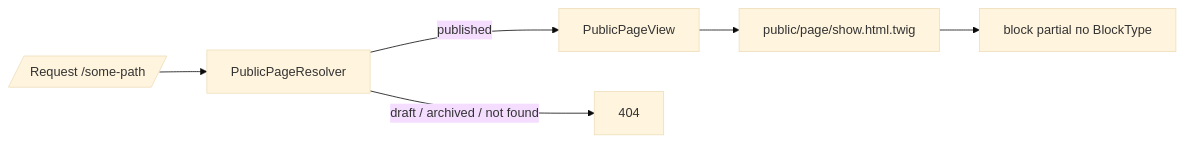
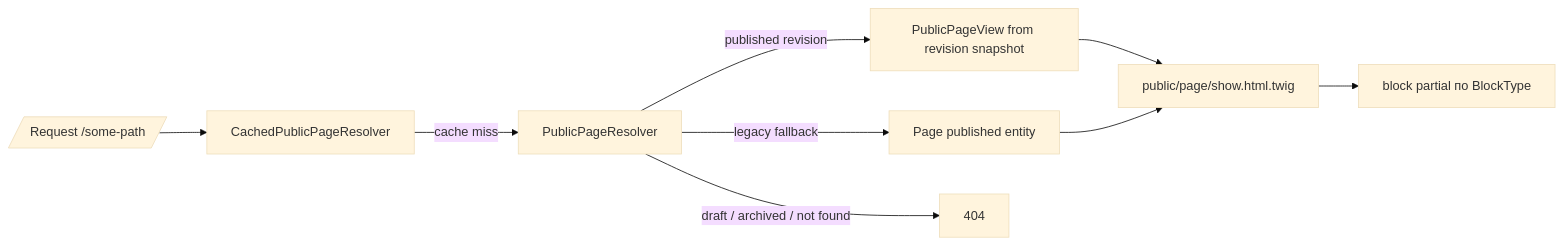
The diagram in docs/13-front-area.md (ariestop/zaborprofil), drawn with Mermaid (base theme) before and after one commit. The commit also changed other lines of this file and 2 other files, not shown here.

````diff
--- a/docs/13-front-area.md
+++ b/docs/13-front-area.md
@@ -21,8 +21,11 @@
 ```mermaid
 flowchart LR
-    R[/Request /some-path/] --> Resolver[PublicPageResolver]
-    Resolver -->|published| PageView[PublicPageView]
+    R[/Request /some-path/] --> CacheResolver[CachedPublicPageResolver]
+    CacheResolver -->|cache miss| Resolver[PublicPageResolver]
+    Resolver -->|published revision| PageView[PublicPageView from revision snapshot]
+    Resolver -->|legacy fallback| PageEntity[Page published entity]
     Resolver -->|draft / archived / not found| NF[404]
     PageView --> Twig[public/page/show.html.twig]
+    PageEntity --> Twig
     Twig --> Block[block partial по BlockType]
 ```
````
